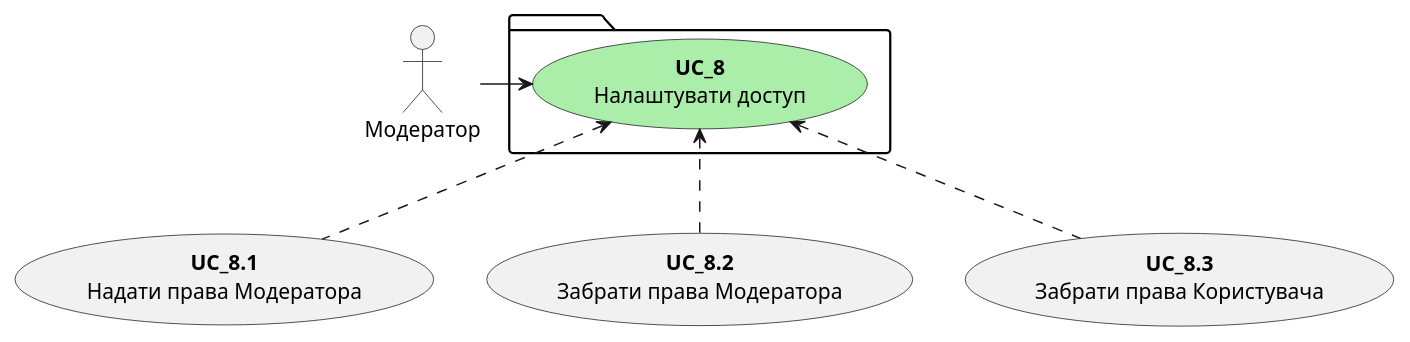
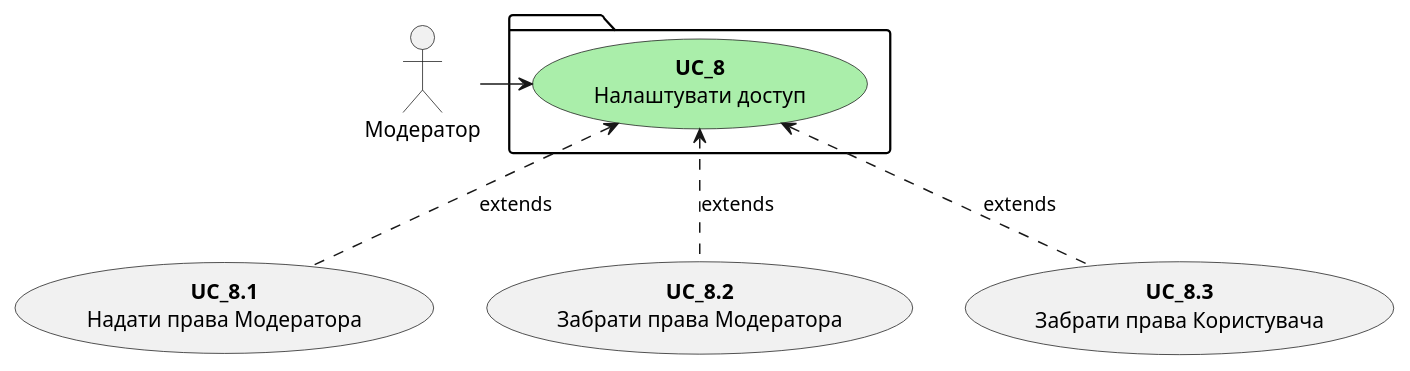
The diagram in src/uml/MODERATOR_1.puml (anrikolo/obd), drawn with PlantUML before and after one commit.

```diff
--- a/src/uml/MODERATOR_1.puml
+++ b/src/uml/MODERATOR_1.puml
@@ -1,13 +1,13 @@
 @startuml
 package {
         usecase "<b>UC_8</b>\nНалаштувати доступ" as UC_8 #aaeeaa
     }
     
     usecase "<b>UC_8.1</b>\nНадати права Модератора" as UC_8.1
     usecase "<b>UC_8.2</b>\nЗабрати права Модератора" as UC_8.2
     usecase "<b>UC_8.3</b>\nЗабрати права Користувача" as UC_8.3
-    UC_8.1 .u.> UC_8
-    UC_8.2 .u.> UC_8
-    UC_8.3 .u.> UC_8
+    UC_8.1 .u.> UC_8: extends
+    UC_8.2 .u.> UC_8: extends
+    UC_8.3 .u.> UC_8: extends
     Модератор -> UC_8
 @enduml
```
